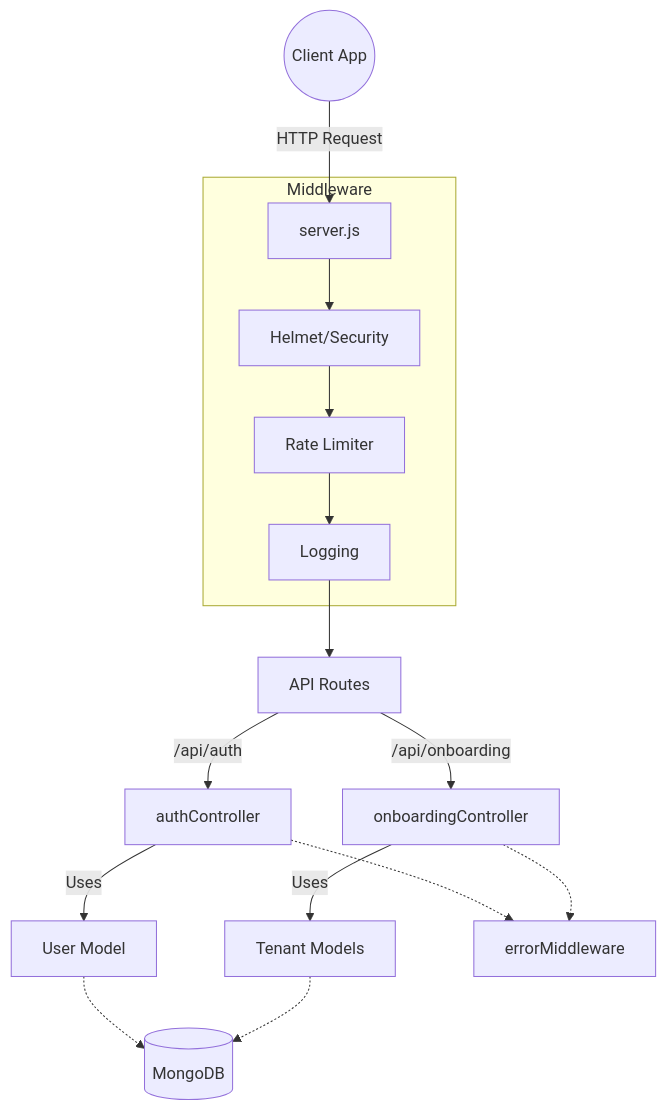
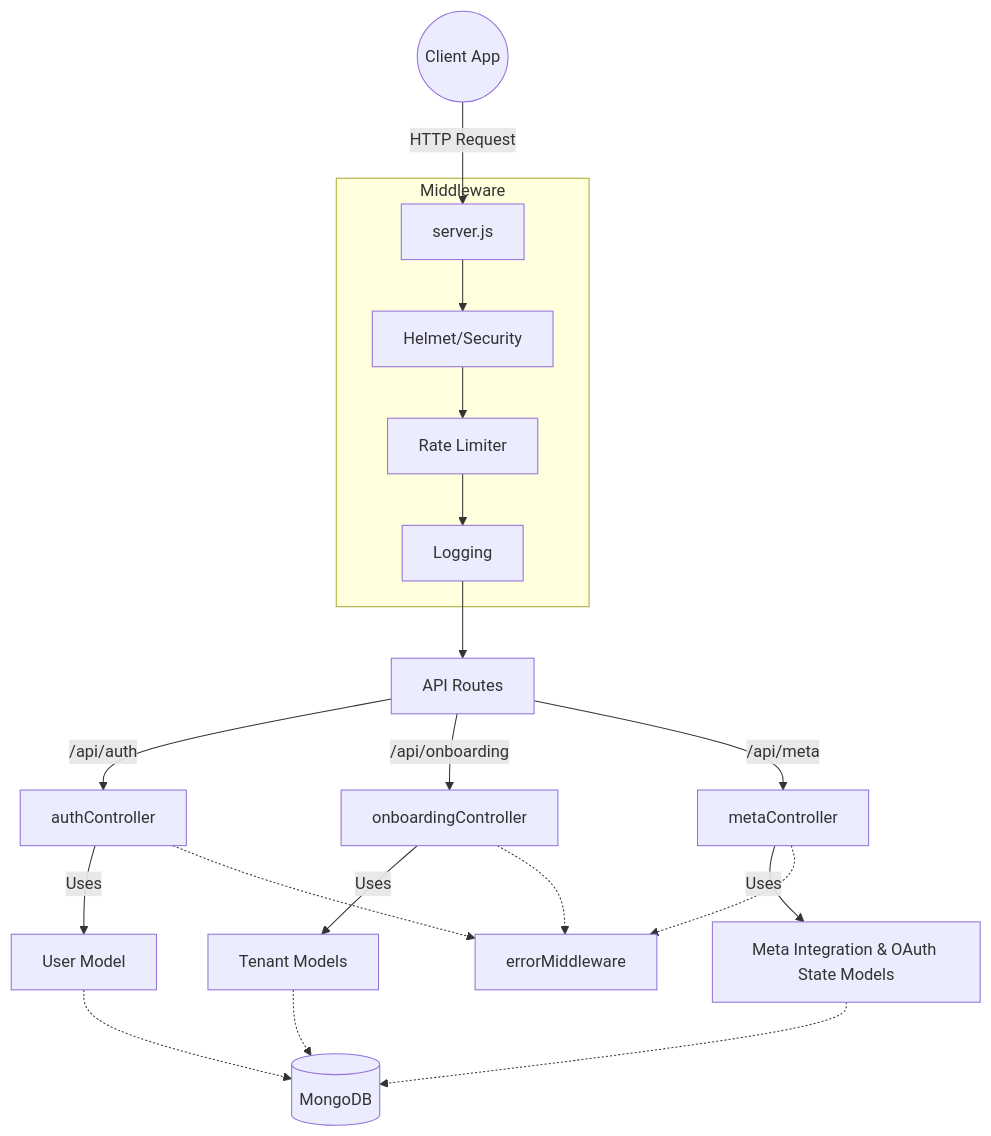
Before and after one commit to Renoweb-Digital-Solutions/Growth-os-backend: the diagram in README.md, drawn with Mermaid. The commit also changed other lines of this file and 13 other files, not shown here.

Commit message:
integrated meta graph api

````diff
--- a/README.md
+++ b/README.md
@@ -9,24 +9,28 @@
 ```mermaid
 graph TD
     Client((Client App)) -->|HTTP Request| Server[server.js]
     
     subgraph Middleware
         Server --> Helmet[Helmet/Security]
         Helmet --> RateLimit[Rate Limiter]
         RateLimit --> Morgan[Logging]
     end
     
     Morgan --> Routes[API Routes]
     
     Routes -->|/api/auth| AuthCtrl[authController]
     Routes -->|/api/onboarding| OnboardCtrl[onboardingController]
+    Routes -->|/api/meta| MetaCtrl[metaController]
     
     AuthCtrl -->|Uses| UserMod[User Model]
     OnboardCtrl -->|Uses| TenantMod[Tenant Models]
+    MetaCtrl -->|Uses| MetaMod[Meta Integration & OAuth State Models]
     
     UserMod -.-> DB[(MongoDB)]
     TenantMod -.-> DB
+    MetaMod -.-> DB
     
     AuthCtrl -.-> ErrorMid[errorMiddleware]
     OnboardCtrl -.-> ErrorMid
+    MetaCtrl -.-> ErrorMid
 ```
````
